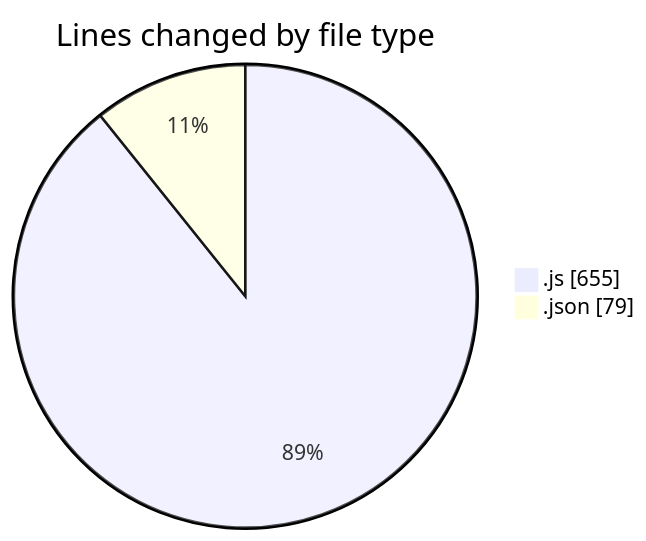
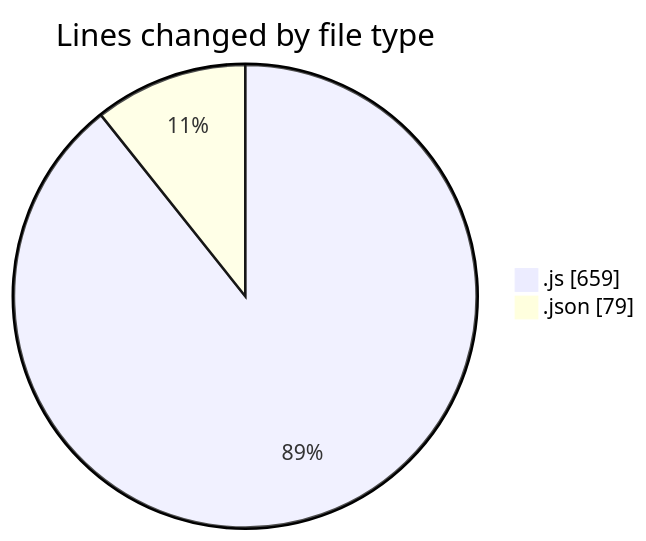
The first of 2 diagrams in 2025-01-31/cda/README.md (momahboobian/code-tracking), drawn with Mermaid before and after one commit. The commit also changed other lines of this file and 1 other file, not shown here.

````diff
--- a/2025-01-31/cda/README.md
+++ b/2025-01-31/cda/README.md
@@ -25,6 +25,6 @@
 ```mermaid
 pie showData
 title Lines changed by file type
-".js" : 655
+".js" : 659
 ".json" : 79
 ```
````
